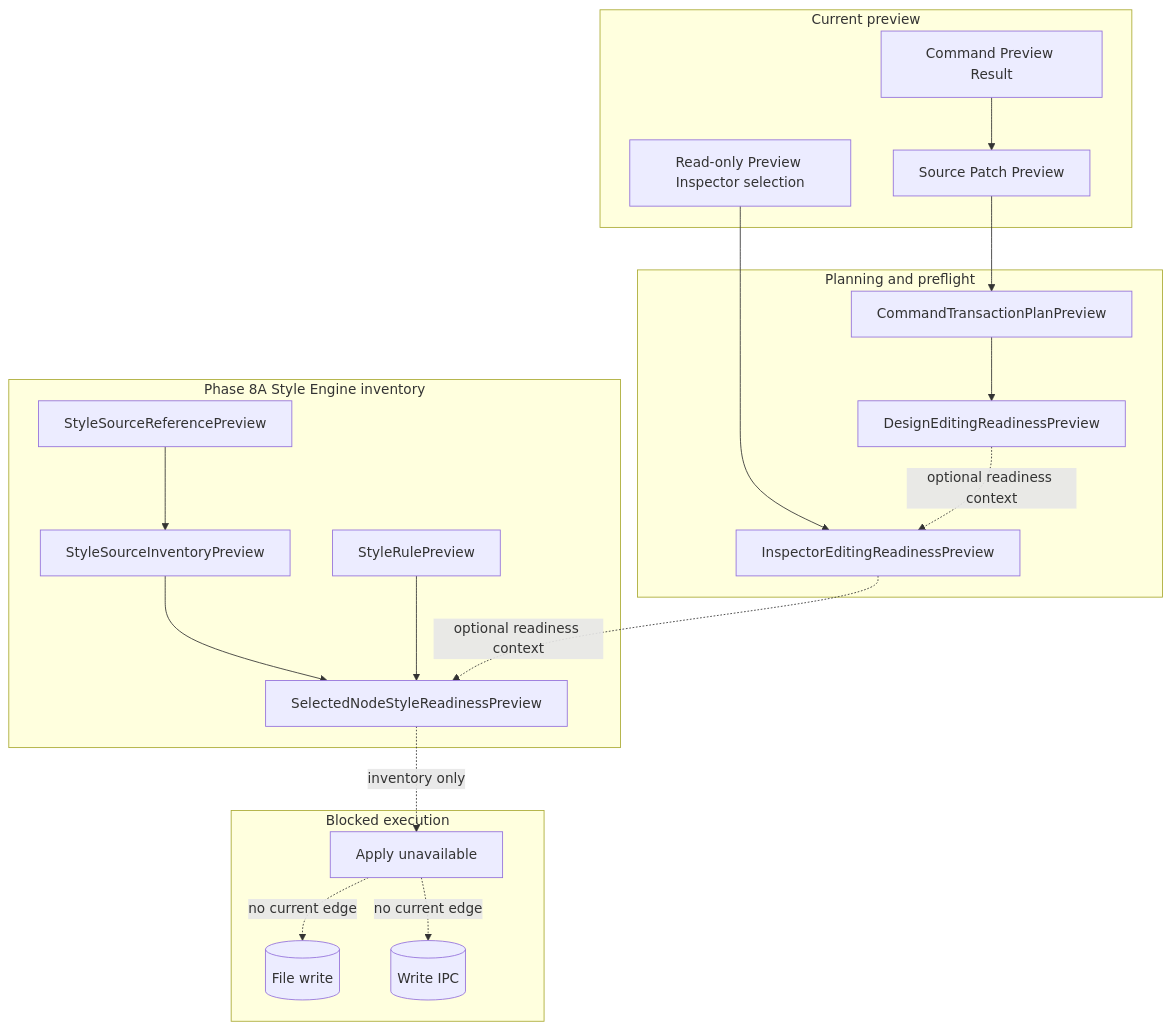
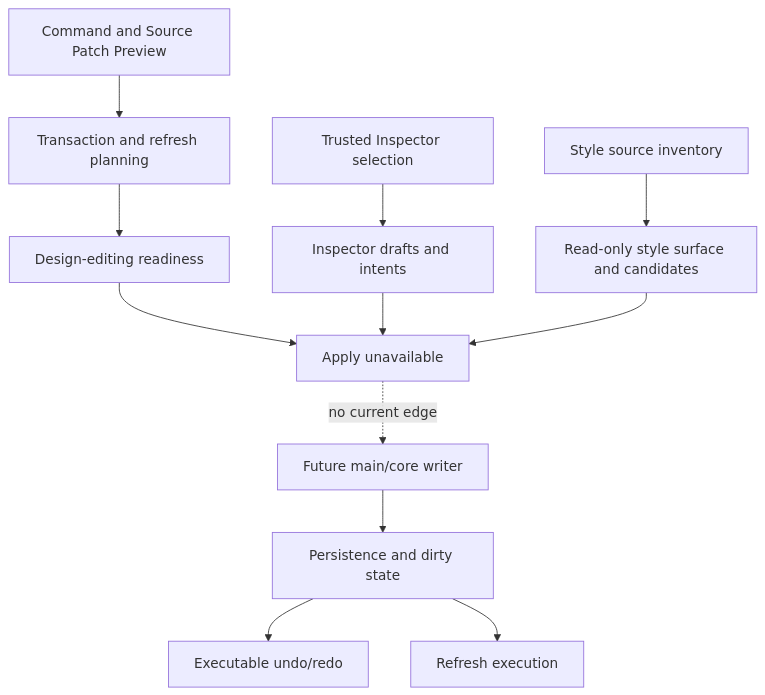
The diagram in docs/architecture/commands/future-command-execution.md (krestosa/Crystal), drawn with Mermaid before and after one commit. The commit also changed other lines of this file and 60 other files, not shown here.

````diff
--- a/docs/architecture/commands/future-command-execution.md
+++ b/docs/architecture/commands/future-command-execution.md
@@ -77,37 +49,14 @@
 ```mermaid
 flowchart TD
-  subgraph Preview[Current preview]
-    Command[Command Preview Result]
-    Patch[Source Patch Preview]
-    Selection[Read-only Preview Inspector selection]
-  end
-
-  subgraph Planning[Planning and preflight]
-    Plan[CommandTransactionPlanPreview]
-    Ready[DesignEditingReadinessPreview]
-    InspectorReady[InspectorEditingReadinessPreview]
-  end
-
-  subgraph Style8A[Phase 8A Style Engine inventory]
-    Sources[StyleSourceReferencePreview]
-    Inventory[StyleSourceInventoryPreview]
-    Rules[StyleRulePreview]
-    StyleReady[SelectedNodeStyleReadinessPreview]
-  end
-
-  subgraph Blocked[Blocked execution]
-    Apply[Apply unavailable]
-    Write[(File write)]
-    Ipc[(Write IPC)]
-  end
-
-  Command --> Patch --> Plan --> Ready
-  Selection --> InspectorReady
-  Sources --> Inventory --> StyleReady
-  Rules --> StyleReady
-  Ready -. optional readiness context .-> InspectorReady
-  InspectorReady -. optional readiness context .-> StyleReady
-  StyleReady -. inventory only .-> Apply
-  Apply -. no current edge .-> Write
-  Apply -. no current edge .-> Ipc
+  Preview[Command and Source Patch Preview] --> Plan[Transaction and refresh planning]
+  Plan --> Ready[Design-editing readiness]
+  Selection[Trusted Inspector selection] --> Draft[Inspector drafts and intents]
+  Sources[Style source inventory] --> Style[Read-only style surface and candidates]
+  Ready --> Blocked[Apply unavailable]
+  Draft --> Blocked
+  Style --> Blocked
+  Blocked -. no current edge .-> Writer[Future main/core writer]
+  Writer --> Persist[Persistence and dirty state]
+  Persist --> History[Executable undo/redo]
+  Persist --> Refresh[Refresh execution]
 ```
````
